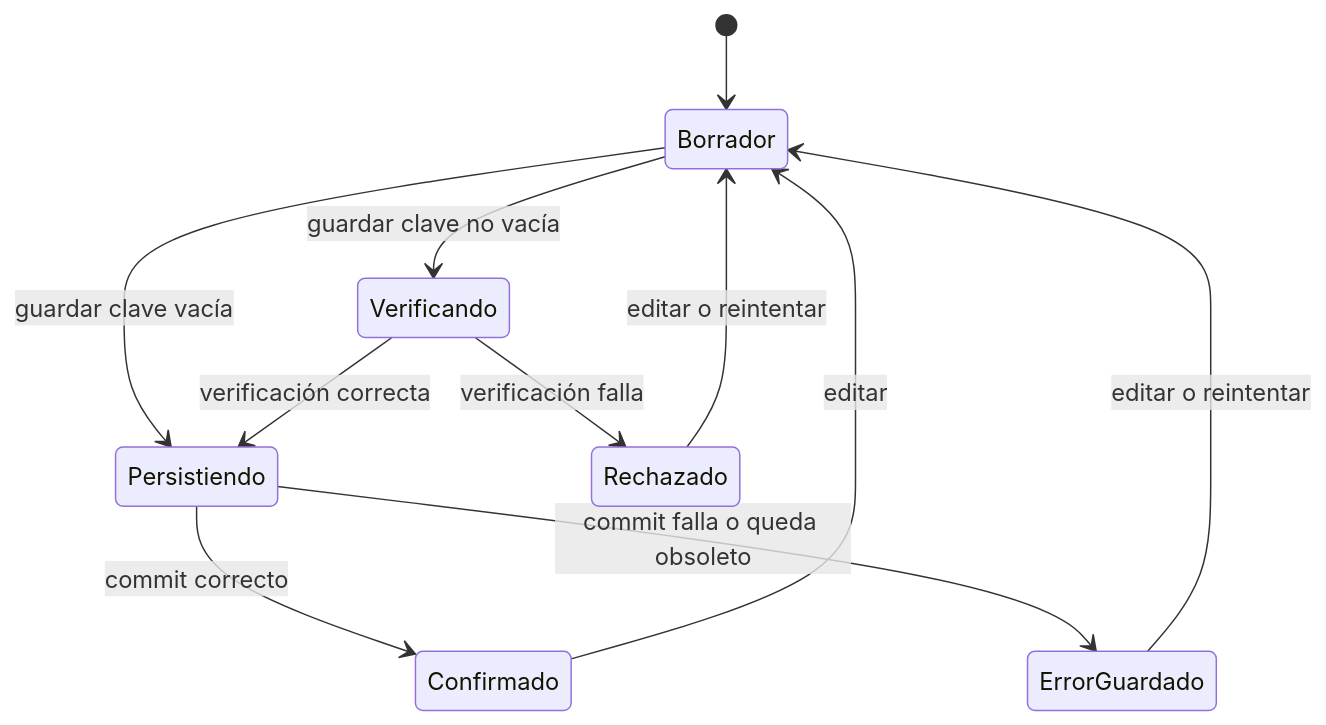
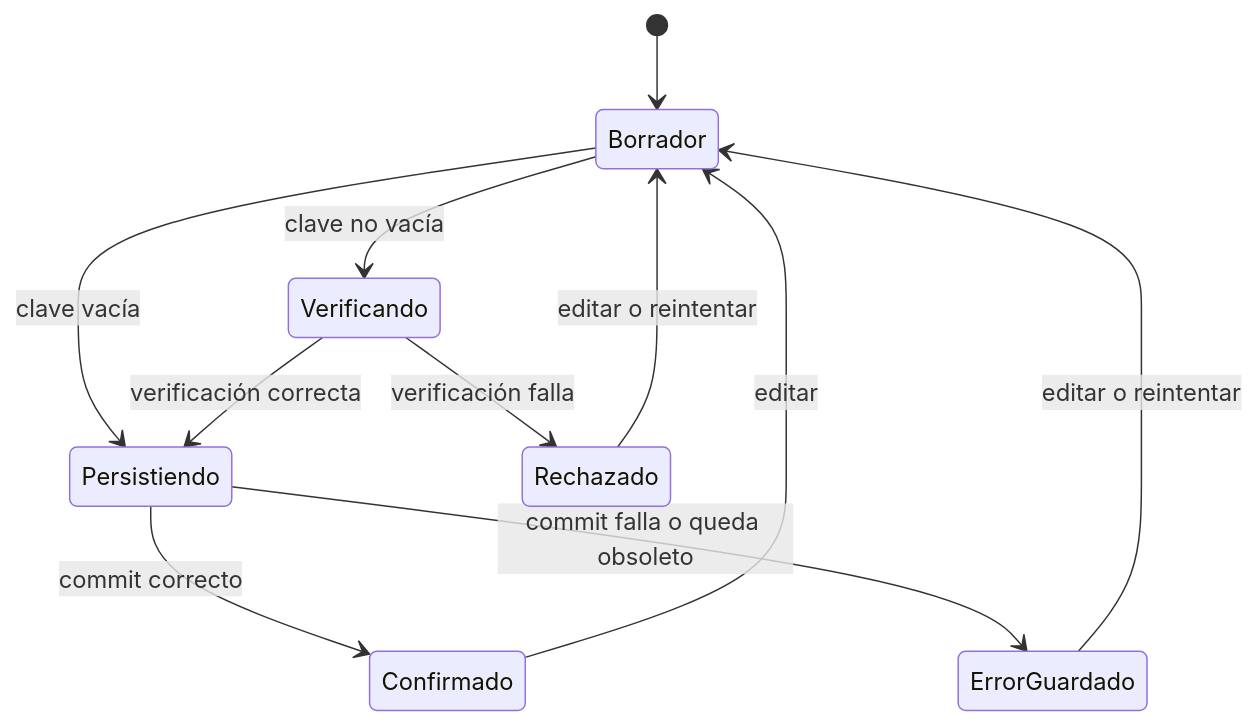
The first of 2 diagrams in openwiki/agent/provider-configuration.md (maximofn/gymnasia), drawn with Mermaid before and after one commit. The commit also changed other lines of this file and 41 other files, not shown here.

````diff
--- a/openwiki/agent/provider-configuration.md
+++ b/openwiki/agent/provider-configuration.md
@@ -93,13 +95,13 @@
 ```mermaid
 stateDiagram-v2
     [*] --> Borrador
-    Borrador --> Verificando: guardar clave no vacía
-    Borrador --> Persistiendo: guardar clave vacía
+    Borrador --> Verificando: clave no vacía
+    Borrador --> Persistiendo: clave vacía
     Verificando --> Rechazado: verificación falla
     Verificando --> Persistiendo: verificación correcta
     Persistiendo --> Confirmado: commit correcto
     Persistiendo --> ErrorGuardado: commit falla o queda obsoleto
     Rechazado --> Borrador: editar o reintentar
     ErrorGuardado --> Borrador: editar o reintentar
     Confirmado --> Borrador: editar
 ```
````
